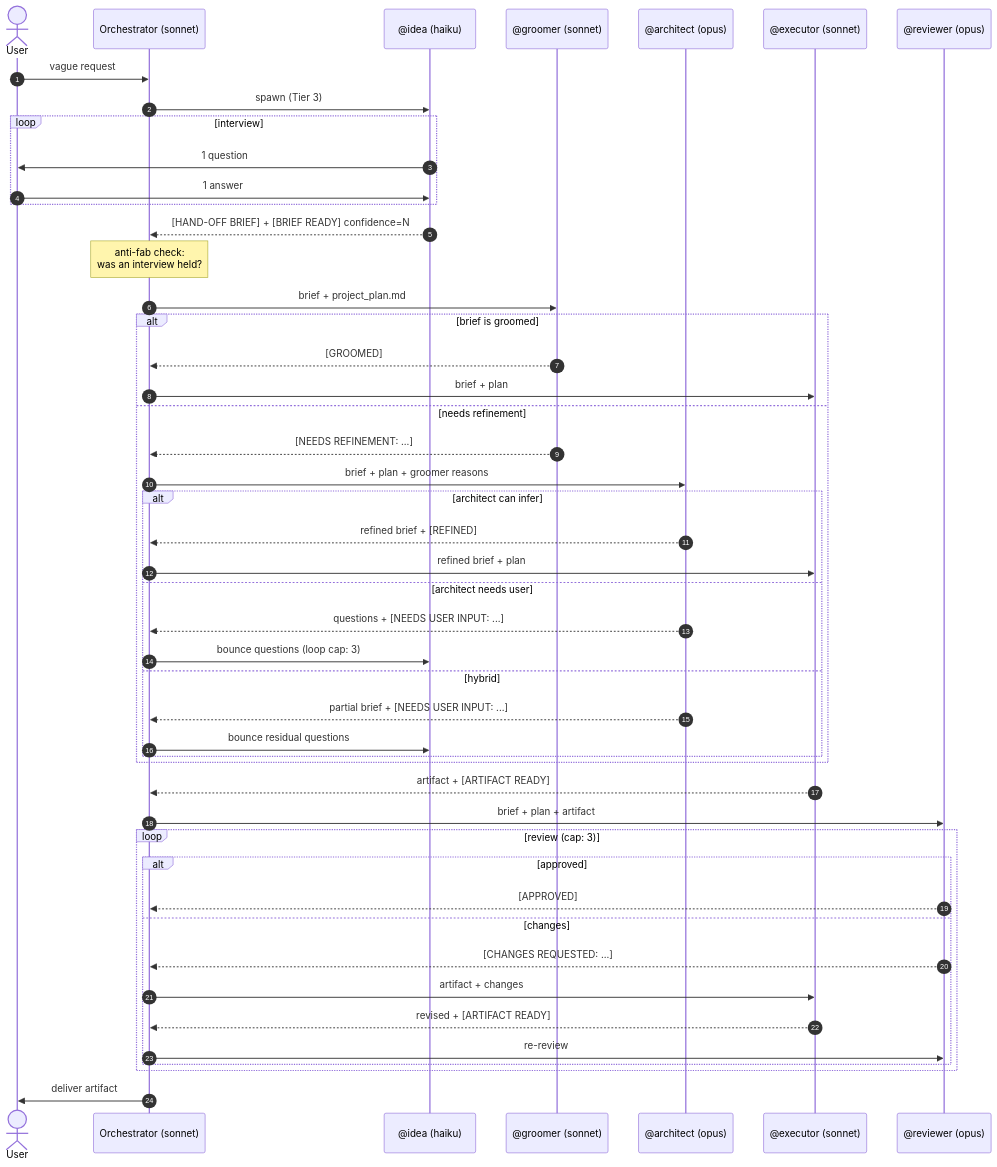
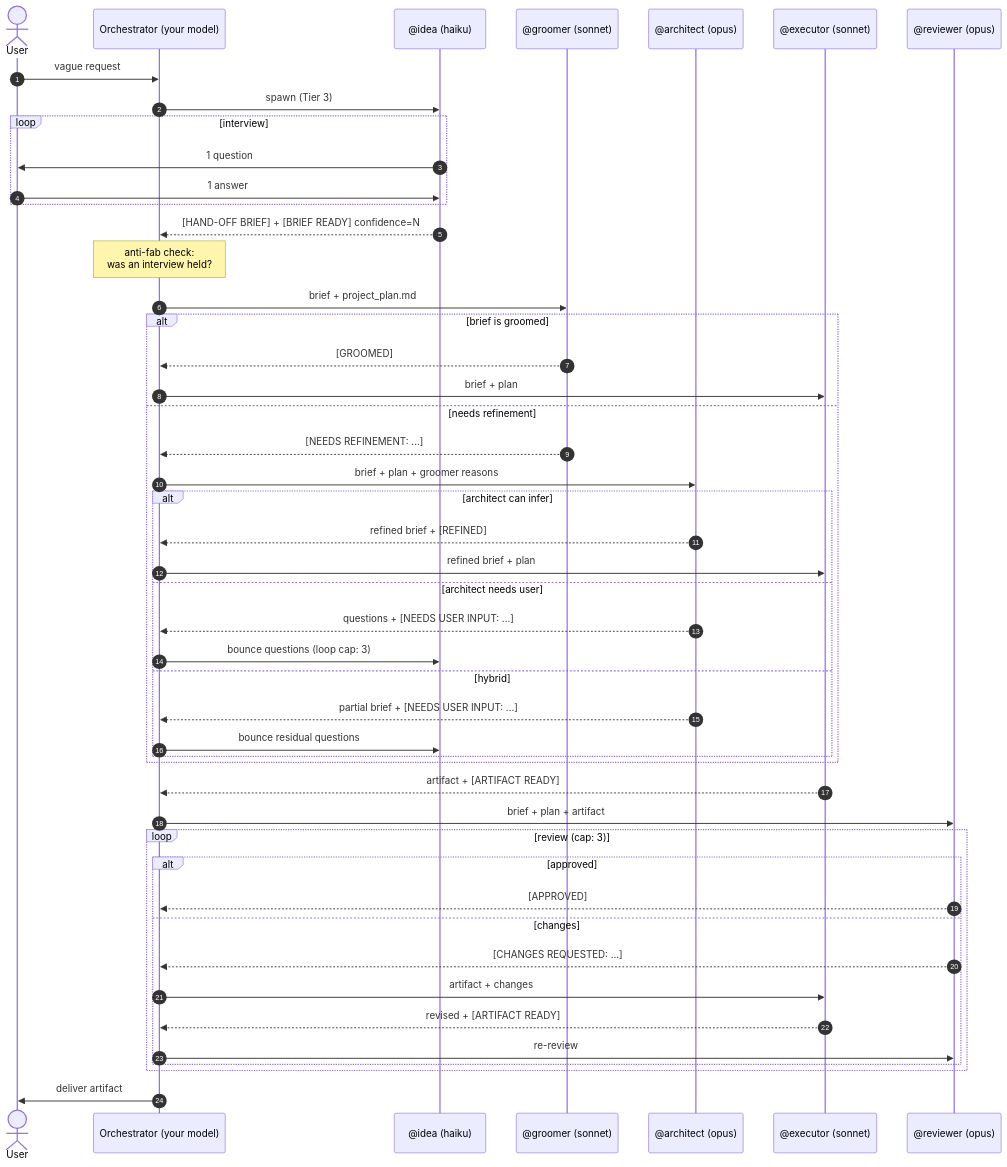
Before and after one commit to suchakra/claude-workflow.md: the third of 5 diagrams in ARCHITECTURE.md, drawn with Mermaid. The commit also changed other lines of this file and 2 other files, not shown here.

First line of the commit message:
Be honest about orchestrator model: it's the user's choice, not fixed

````diff
--- a/ARCHITECTURE.md
+++ b/ARCHITECTURE.md
@@ -122,51 +122,51 @@
 ```mermaid
 sequenceDiagram
     autonumber
     actor U as User
-    participant O as Orchestrator (sonnet)
+    participant O as Orchestrator (your model)
     participant I as @idea (haiku)
     participant G as @groomer (sonnet)
     participant A as @architect (opus)
     participant E as @executor (sonnet)
     participant R as @reviewer (opus)
 
     U->>O: vague request
     O->>I: spawn (Tier 3)
     loop interview
         I->>U: 1 question
         U->>I: 1 answer
     end
     I-->>O: [HAND-OFF BRIEF] + [BRIEF READY] confidence=N
     Note over O: anti-fab check:<br/>was an interview held?
     O->>G: brief + project_plan.md
     alt brief is groomed
         G-->>O: [GROOMED]
         O->>E: brief + plan
     else needs refinement
         G-->>O: [NEEDS REFINEMENT: ...]
         O->>A: brief + plan + groomer reasons
         alt architect can infer
             A-->>O: refined brief + [REFINED]
             O->>E: refined brief + plan
         else architect needs user
             A-->>O: questions + [NEEDS USER INPUT: ...]
             O->>I: bounce questions (loop cap: 3)
         else hybrid
             A-->>O: partial brief + [NEEDS USER INPUT: ...]
             O->>I: bounce residual questions
         end
     end
     E-->>O: artifact + [ARTIFACT READY]
     O->>R: brief + plan + artifact
     loop review (cap: 3)
         alt approved
             R-->>O: [APPROVED]
         else changes
             R-->>O: [CHANGES REQUESTED: ...]
             O->>E: artifact + changes
             E-->>O: revised + [ARTIFACT READY]
             O->>R: re-review
         end
     end
     O->>U: deliver artifact
 ```
````
